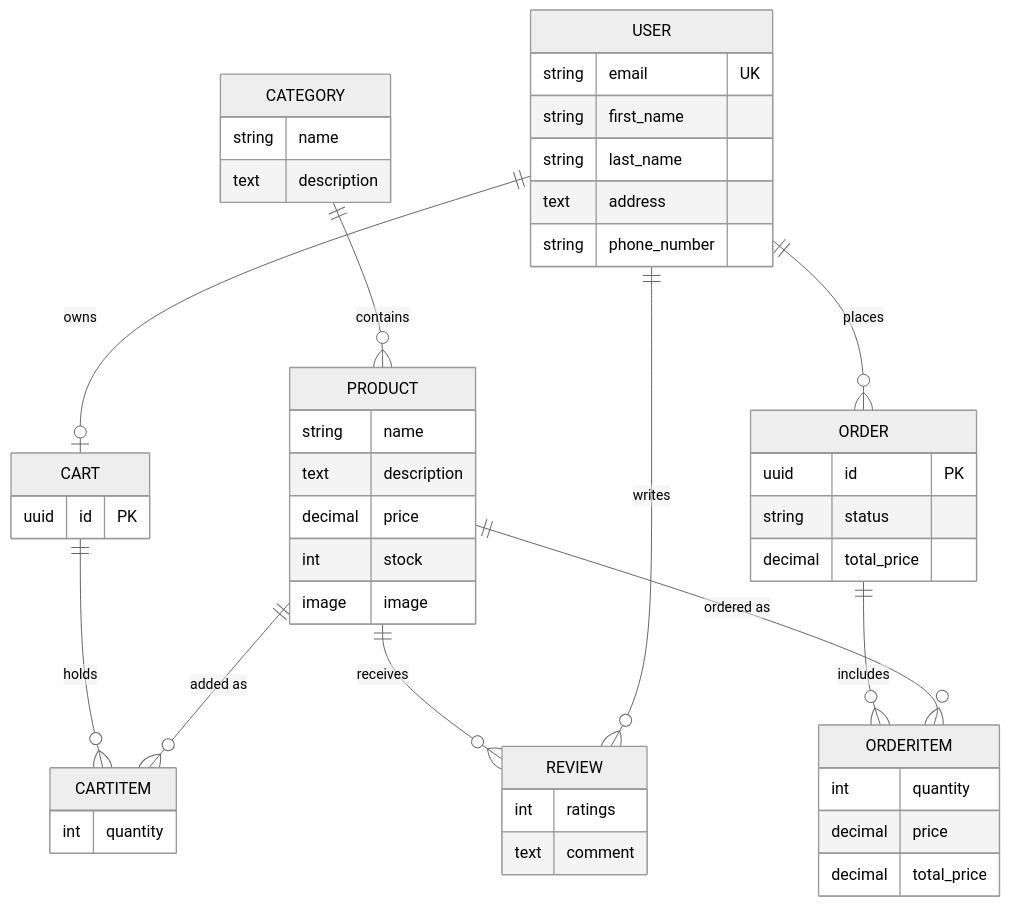
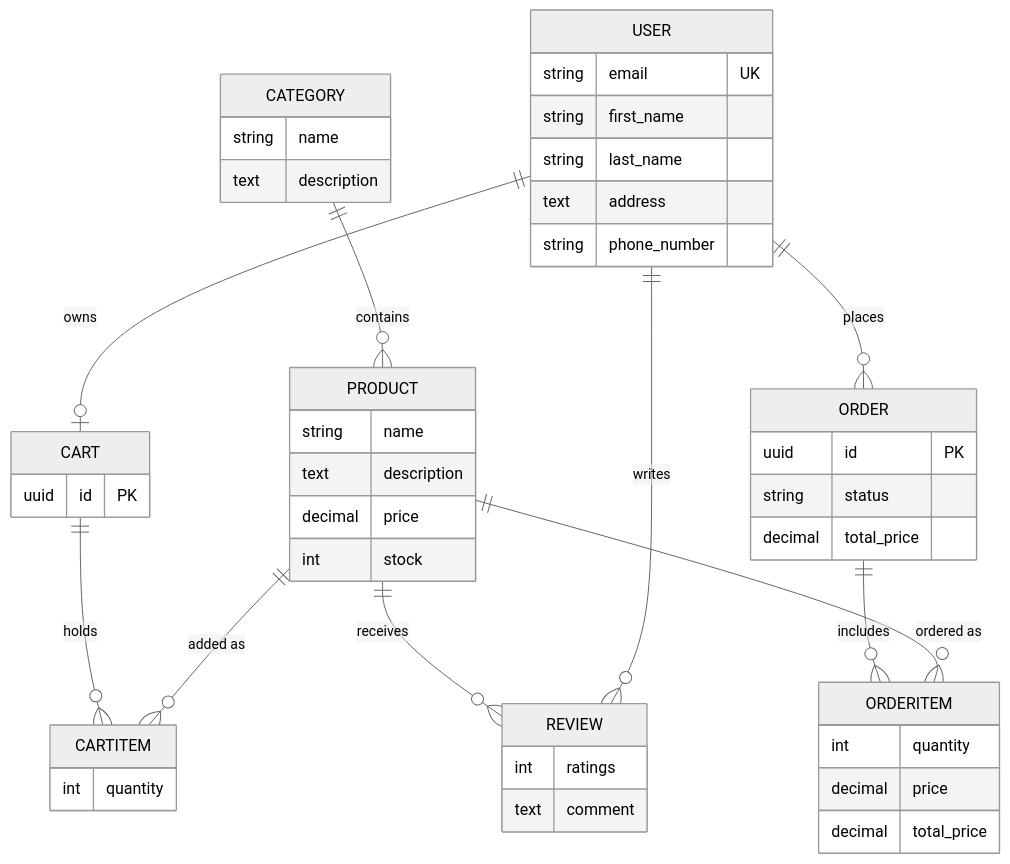
Before and after one commit to Tanbir-Hasan-247/BAZARO: the first of 2 diagrams in backend/README.md, drawn with Mermaid (neutral theme). The commit also changed other lines of this file and 8 other files, not shown here.

````diff
--- a/backend/README.md
+++ b/backend/README.md
@@ -84,51 +93,50 @@
 ```mermaid
 erDiagram
     USER ||--o| CART : owns
     USER ||--o{ ORDER : places
     USER ||--o{ REVIEW : writes
     CATEGORY ||--o{ PRODUCT : contains
     PRODUCT ||--o{ REVIEW : receives
     PRODUCT ||--o{ CARTITEM : "added as"
     PRODUCT ||--o{ ORDERITEM : "ordered as"
     CART ||--o{ CARTITEM : holds
     ORDER ||--o{ ORDERITEM : includes
 
     USER {
         string email UK
         string first_name
         string last_name
         text address
         string phone_number
     }
     CATEGORY {
         string name
         text description
     }
     PRODUCT {
         string name
         text description
         decimal price
         int stock
-        image image
     }
     REVIEW {
         int ratings
         text comment
     }
     CART {
         uuid id PK
     }
     CARTITEM {
         int quantity
     }
     ORDER {
         uuid id PK
         string status
         decimal total_price
     }
     ORDERITEM {
         int quantity
         decimal price
         decimal total_price
     }
 ```
````
